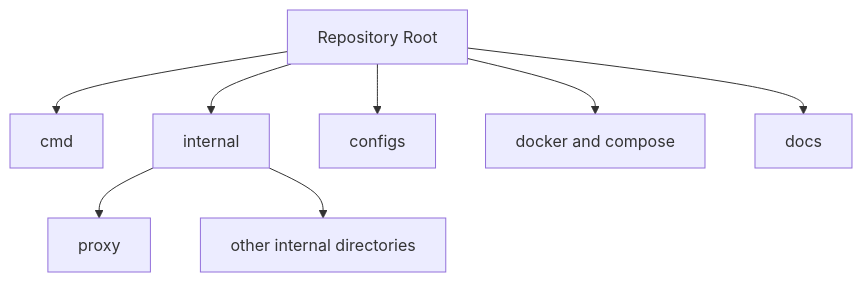
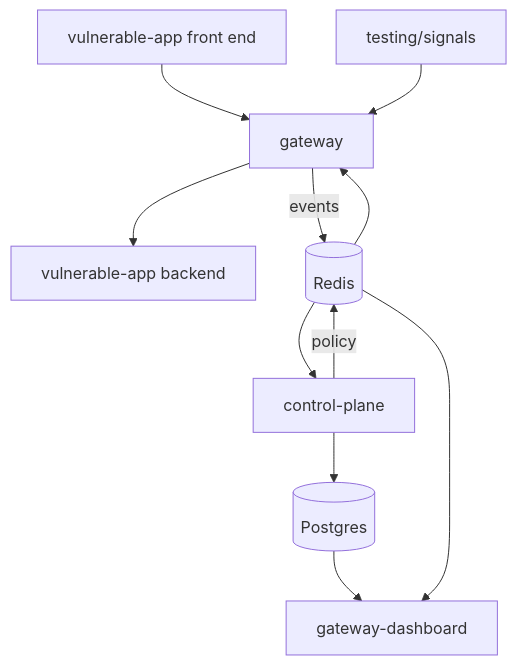
Before and after one commit to Adnan-Safdari/Intelligent_API_Security_Gateway: the diagram in gateway/docs/project-structure.md, drawn with Mermaid. The commit also changed other lines of this file and 12 other files, not shown here.

````diff
--- a/gateway/docs/project-structure.md
+++ b/gateway/docs/project-structure.md
@@ -32,11 +117,13 @@
 ```mermaid
 flowchart TD
-    Root[Repository Root] --> Cmd[cmd]
-    Root --> Internal[internal]
-    Root --> Configs[configs]
-    Root --> Docker[docker and compose]
-    Root --> Docs[docs]
-
-    Internal --> Proxy[proxy]
-    Internal --> Placeholders[other internal directories]
+    VW[vulnerable-app front end] --> GW[gateway]
+    GW --> VA[vulnerable-app backend]
+    GW -->|events| R[(Redis)]
+    R --> CP[control-plane]
+    CP -->|policy| R
+    R --> GW
+    CP --> PG[(Postgres)]
+    PG --> D[gateway-dashboard]
+    R --> D
+    TS[testing/signals] --> GW
 ```
````
